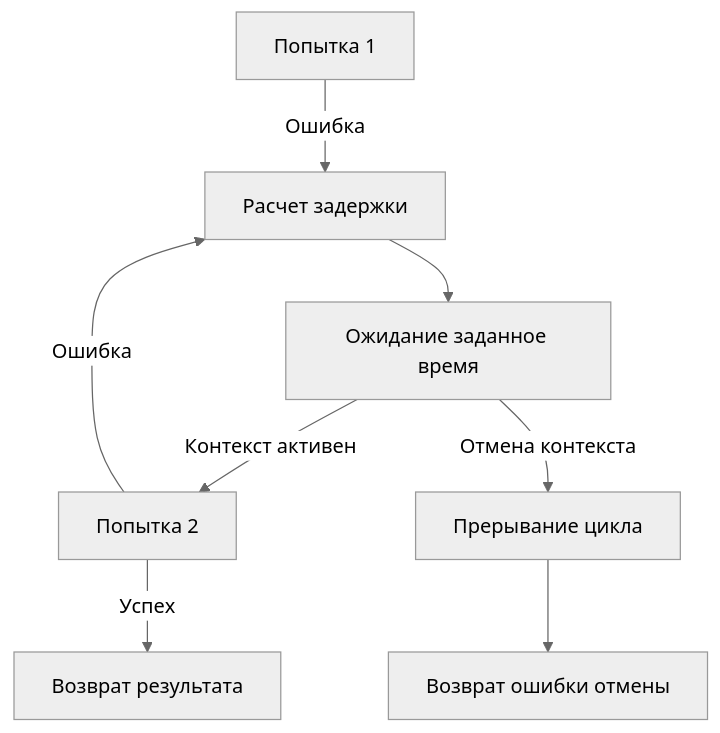
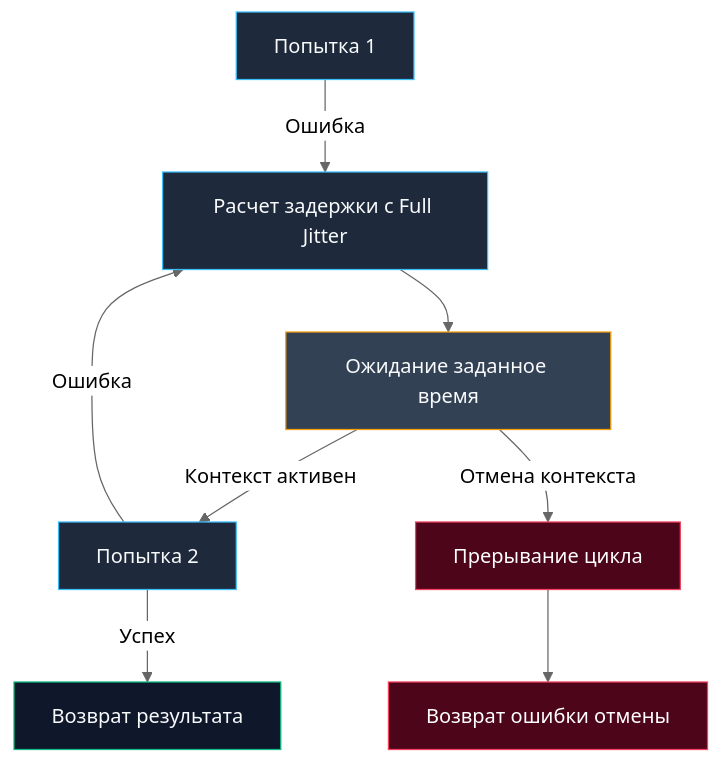
Before and after one commit to UnrealTemplier/go-textbook: the diagram in sources/9. Бэкенд на Go (Практика разработки)/29. Retry и backoff.md, drawn with Mermaid (neutral theme). The commit also changed other lines of this file, not shown here.

````diff
--- a/sources/9. Бэкенд на Go (Практика разработки)/29. Retry и backoff.md
+++ b/sources/9. Бэкенд на Go (Практика разработки)/29. Retry и backoff.md
@@ -52,10 +75,19 @@
 ```mermaid
 flowchart TD
-    A["Попытка 1"] -->|Ошибка| B["Расчет задержки"]
+    A["Попытка 1"] -->|Ошибка| B["Расчет задержки с Full Jitter"]
     B --> C["Ожидание заданное время"]
     C -->|Контекст активен| D["Попытка 2"]
     D -->|Ошибка| B
     D -->|Успех| E["Возврат результата"]
     C -->|Отмена контекста| F["Прерывание цикла"]
     F --> G["Возврат ошибки отмены"]
+
+    classDef normal fill:#1e293b,stroke:#38bdf8,color:#f8fafc;
+    classDef decision fill:#334155,stroke:#f59e0b,color:#f8fafc;
+    classDef success fill:#0f172a,stroke:#10b981,color:#f8fafc;
+    classDef cancel fill:#4c0519,stroke:#f43f5e,color:#ffffff;
+    class A,B,D normal;
+    class C decision;
+    class E success;
+    class F,G cancel;
 ```
````
